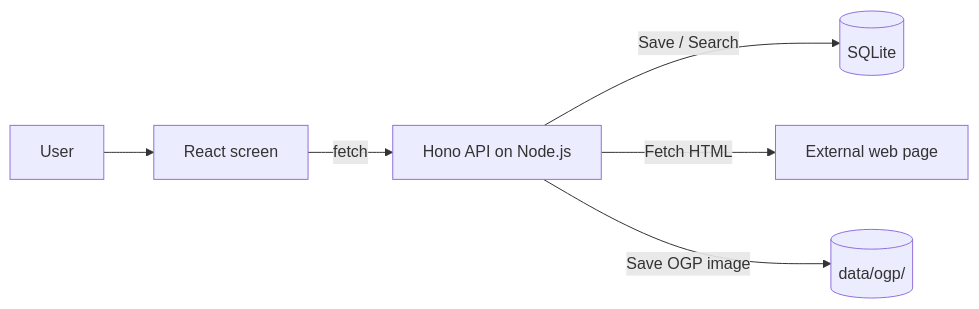
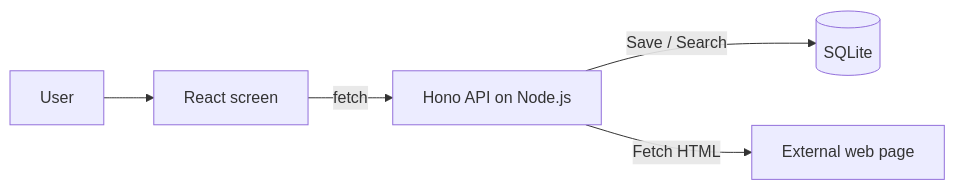
The diagram in i18n/en/docusaurus-plugin-content-docs/current/05-application-overview.mdx (goofmint/cr-learning), drawn with Mermaid before and after one commit. The commit also changed other lines of this file and 28 other files, not shown here.

````diff
--- a/i18n/en/docusaurus-plugin-content-docs/current/05-application-overview.mdx
+++ b/i18n/en/docusaurus-plugin-content-docs/current/05-application-overview.mdx
@@ -57,8 +57,7 @@
 ```mermaid
 flowchart LR
   U[User] --> C[React screen]
   C -->|fetch| A[Hono API on Node.js]
   A -->|Save / Search| D[(SQLite)]
   A -->|Fetch HTML| W[External web page]
-  A -->|Save OGP image| R[(data/ogp/)]
 ```
````
